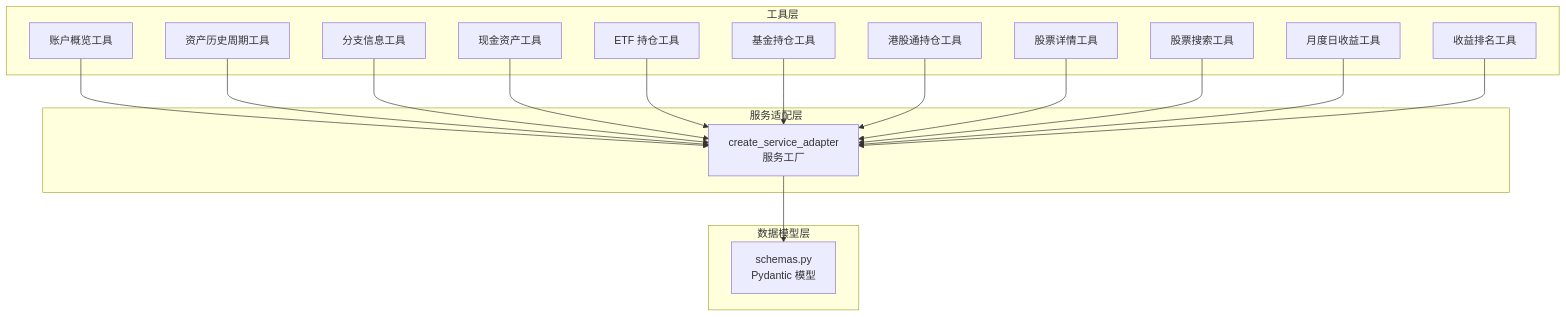
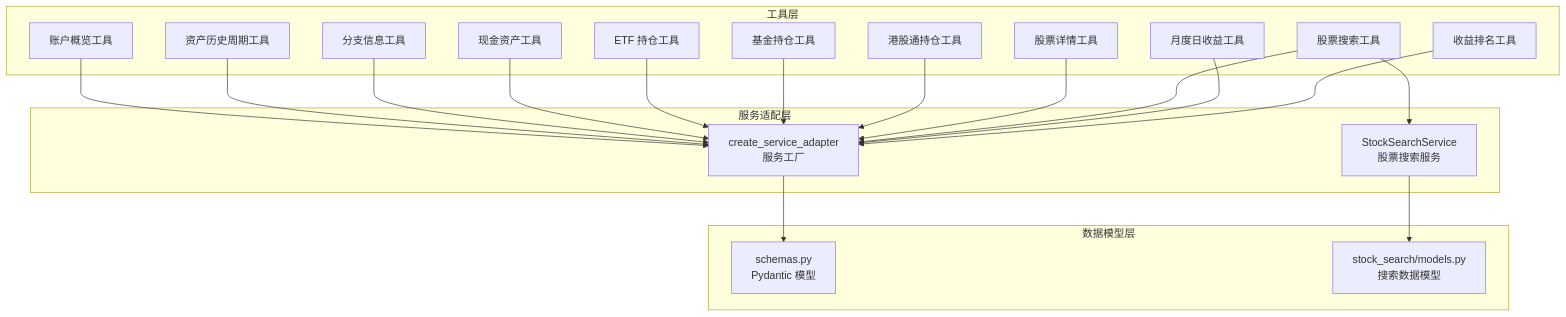
Before and after one commit to YU-JI-KUI/ark-agentic: the first of 3 diagrams in repowiki/zh/content/智能体实现/证券智能体/工具系统/代理工具集.md, drawn with Mermaid. The commit also changed other lines of this file and 6 other files, not shown here.

````diff
--- a/repowiki/zh/content/智能体实现/证券智能体/工具系统/代理工具集.md
+++ b/repowiki/zh/content/智能体实现/证券智能体/工具系统/代理工具集.md
@@ -45,34 +61,38 @@
 ```mermaid
 graph TB
 subgraph "工具层"
 AO["账户概览工具"]
 AP["资产历史周期工具"]
 BI["分支信息工具"]
 CA["现金资产工具"]
 EH["ETF 持仓工具"]
 FH["基金持仓工具"]
 HH["港股通持仓工具"]
 SD["股票详情工具"]
 SIS["股票搜索工具"]
 SMP["月度日收益工具"]
 SR["收益排名工具"]
 end
 subgraph "服务适配层"
 CSA["create_service_adapter<br/>服务工厂"]
+SSS["StockSearchService<br/>股票搜索服务"]
 end
 subgraph "数据模型层"
 SCH["schemas.py<br/>Pydantic 模型"]
+SMS["stock_search/models.py<br/>搜索数据模型"]
 end
 AO --> CSA
 AP --> CSA
 BI --> CSA
 CA --> CSA
 EH --> CSA
 FH --> CSA
 HH --> CSA
 SD --> CSA
+SIS --> SSS
 SIS --> CSA
 SMP --> CSA
 SR --> CSA
 CSA --> SCH
+SSS --> SMS
 ```
````
